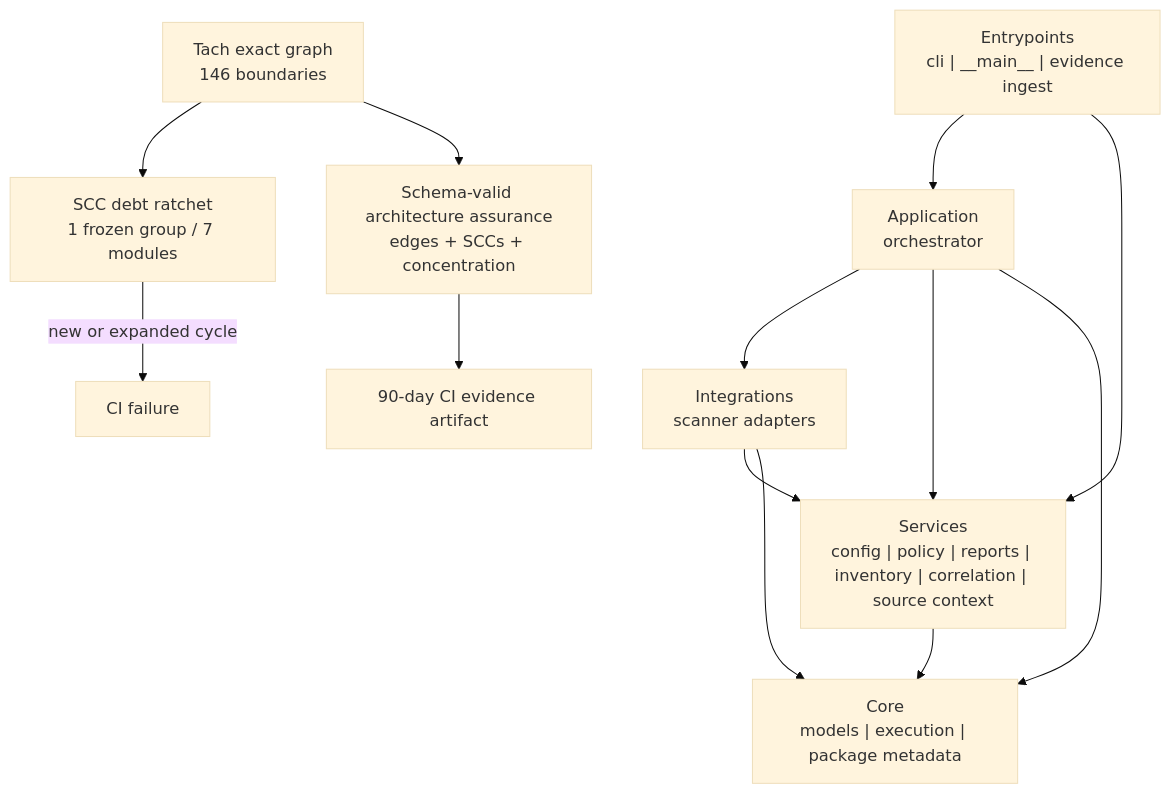
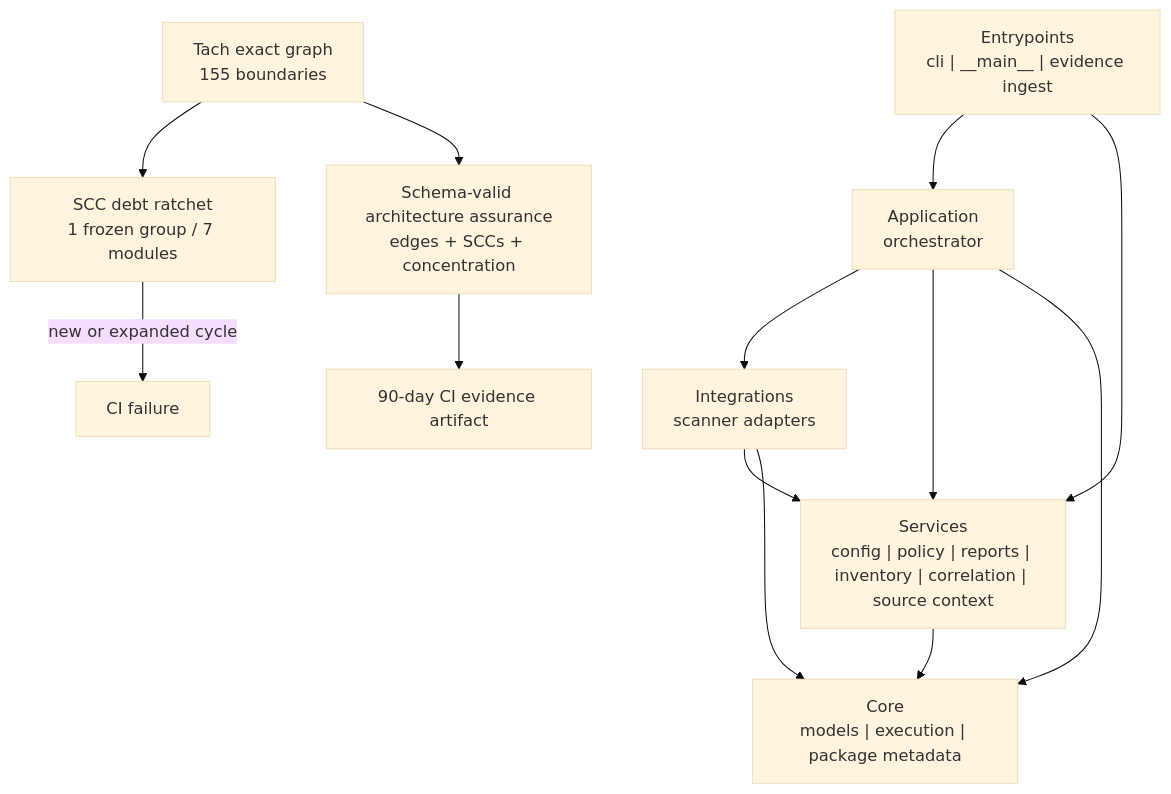
Before and after one commit to willtran87/project-py-security-suite: diagram 11 of 21 in docs/design.md, drawn with Mermaid (base theme). The commit also changed other lines of this file and 79 other files, not shown here.

````diff
--- a/docs/design.md
+++ b/docs/design.md
@@ -574,15 +588,15 @@
 ```mermaid
 flowchart TB
     Entry["Entrypoints<br/>cli | __main__ | evidence ingest"] --> Application["Application<br/>orchestrator"]
     Entry --> Services["Services<br/>config | policy | reports | inventory | correlation | source context"]
     Application --> Integrations["Integrations<br/>scanner adapters"]
     Application --> Services
     Application --> Core["Core<br/>models | execution | package metadata"]
     Integrations --> Services
     Integrations --> Core
     Services --> Core
-    Graph["Tach exact graph<br/>146 boundaries"] --> Debt["SCC debt ratchet<br/>1 frozen group / 7 modules"]
+    Graph["Tach exact graph<br/>155 boundaries"] --> Debt["SCC debt ratchet<br/>1 frozen group / 7 modules"]
     Debt -->|new or expanded cycle| Fail["CI failure"]
     Graph --> Evidence["Schema-valid architecture assurance<br/>edges + SCCs + concentration"]
     Evidence --> Artifact["90-day CI evidence artifact"]
 ```
````
